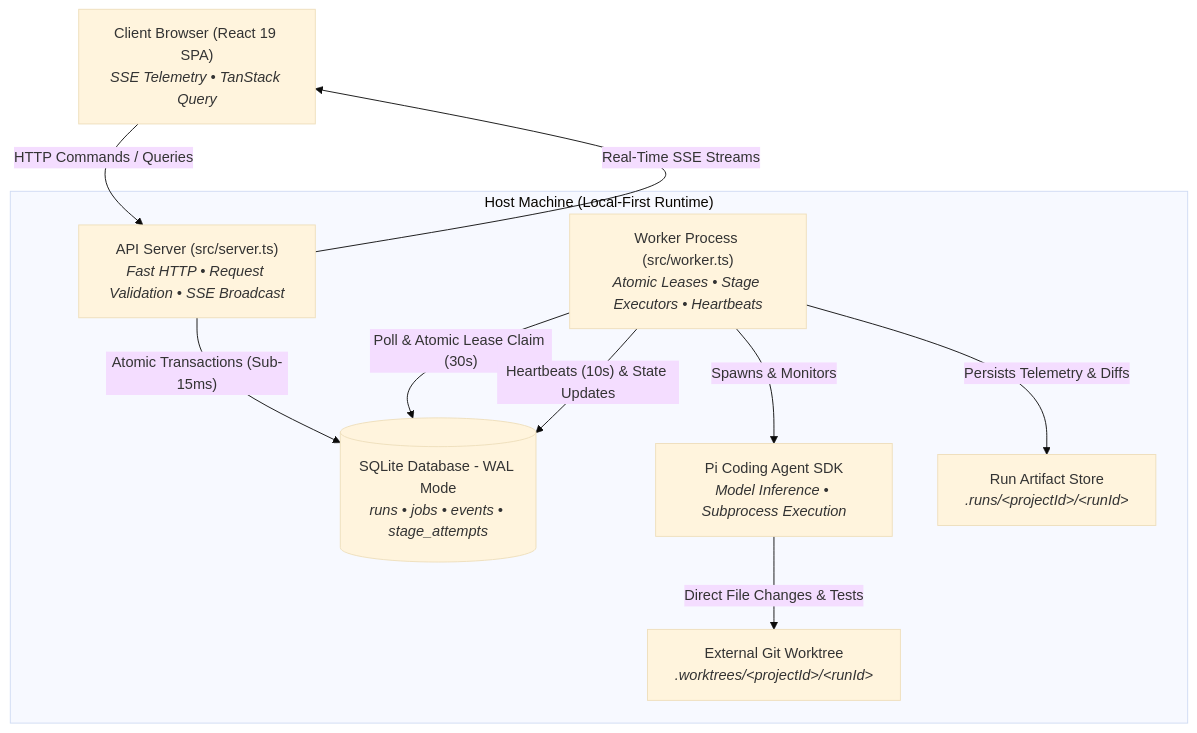
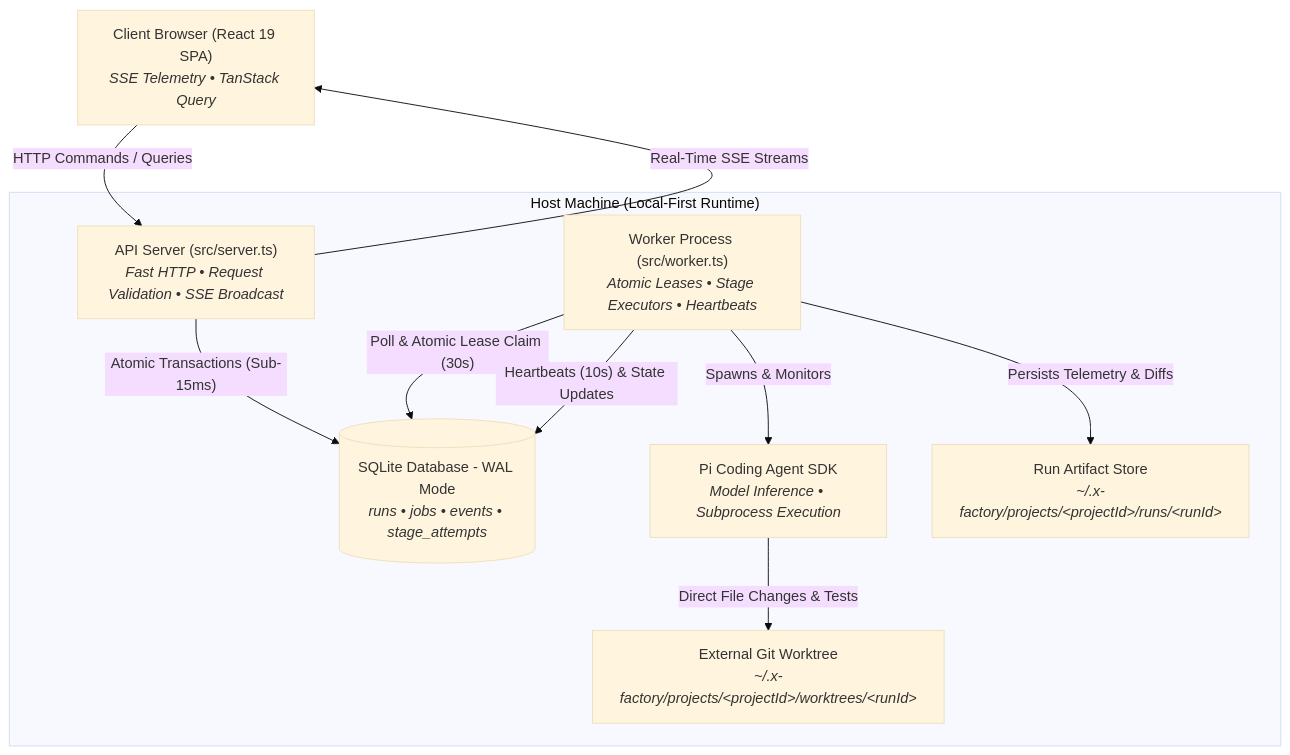
Before and after one commit to tkz96/x-factory: the first of 2 diagrams in README.md, drawn with Mermaid (base theme). The commit also changed other lines of this file and 9 other files, not shown here.

First line of the commit message:
docs(schema): generate schema doc from migrations; fix stale paths in core docs

````diff
--- a/README.md
+++ b/README.md
@@ -26,22 +26,22 @@
 ```mermaid
 graph TD
     User["Client Browser (React 19 SPA)<br/><i>SSE Telemetry • TanStack Query</i>"]
     
     subgraph Host["Host Machine (Local-First Runtime)"]
         API["API Server (src/server.ts)<br/><i>Fast HTTP • Request Validation • SSE Broadcast</i>"]
         DB[(SQLite Database - WAL Mode<br/><i>runs • jobs • events • stage_attempts</i>)]
         Worker["Worker Process (src/worker.ts)<br/><i>Atomic Leases • Stage Executors • Heartbeats</i>"]
         Pi["Pi Coding Agent SDK<br/><i>Model Inference • Subprocess Execution</i>"]
-        Worktree["External Git Worktree<br/><i>.worktrees/&lt;projectId&gt;/&lt;runId&gt;</i>"]
-        Artifacts["Run Artifact Store<br/><i>.runs/&lt;projectId&gt;/&lt;runId&gt;</i>"]
+        Worktree["External Git Worktree<br/><i>~/.x-factory/projects/&lt;projectId&gt;/worktrees/&lt;runId&gt;</i>"]
+        Artifacts["Run Artifact Store<br/><i>~/.x-factory/projects/&lt;projectId&gt;/runs/&lt;runId&gt;</i>"]
     end
 
     User -->|"HTTP Commands / Queries"| API
     API -->|"Real-Time SSE Streams"| User
     API -->|"Atomic Transactions (Sub-15ms)"| DB
     Worker -->|"Poll & Atomic Lease Claim (30s)"| DB
     Worker -->|"Heartbeats (10s) & State Updates"| DB
     Worker -->|"Spawns & Monitors"| Pi
     Pi -->|"Direct File Changes & Tests"| Worktree
     Worker -->|"Persists Telemetry & Diffs"| Artifacts
 ```
````
